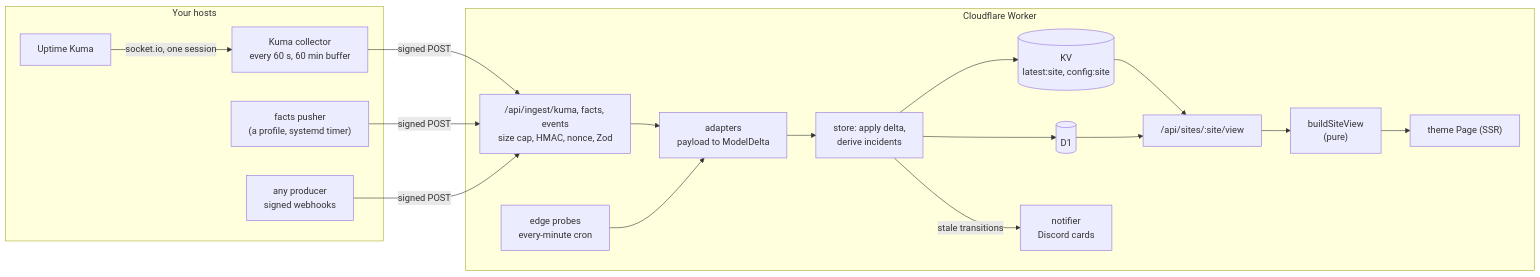
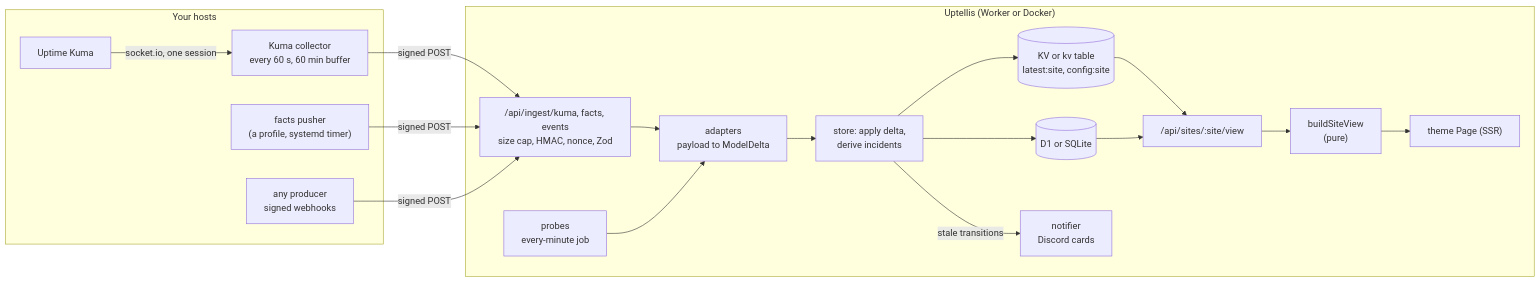
One commit to bts-io/uptellis changed the second of 6 diagrams in docs/architecture.md. Above: the diagram before and after it, drawn with Mermaid. The commit also changed other lines of this file and 4 other files, not shown here.

````diff
--- a/docs/architecture.md
+++ b/docs/architecture.md
@@ -19,33 +48,33 @@
 ```mermaid
 flowchart LR
   subgraph producers ["Your hosts"]
     kuma["Uptime Kuma"] -->|"socket.io, one session"| col["Kuma collector<br/>every 60 s, 60 min buffer"]
     push["facts pusher<br/>(a profile, systemd timer)"]
     hook["any producer<br/>signed webhooks"]
   end
-  subgraph worker ["Cloudflare Worker"]
+  subgraph worker ["Uptellis (Worker or Docker)"]
     ing["/api/ingest/kuma, facts, events<br/>size cap, HMAC, nonce, Zod"]
-    probes["edge probes<br/>every-minute cron"]
+    probes["probes<br/>every-minute job"]
     adapt["adapters<br/>payload to ModelDelta"]
     store["store: apply delta,<br/>derive incidents"]
-    d1[("D1")]
-    kv[("KV<br/>latest:site, config:site")]
+    d1[("D1 or SQLite")]
+    kv[("KV or kv table<br/>latest:site, config:site")]
     build["buildSiteView<br/>(pure)"]
     read["/api/sites/:site/view"]
     page["theme Page (SSR)"]
     notify["notifier<br/>Discord cards"]
   end
   col -->|"signed POST"| ing
   push -->|"signed POST"| ing
   hook -->|"signed POST"| ing
   ing --> adapt
   probes --> adapt
   adapt --> store
   store --> d1
   store --> kv
   store -->|"stale transitions"| notify
   kv --> read
   d1 --> read
   read --> build
   build --> page
 ```
````
